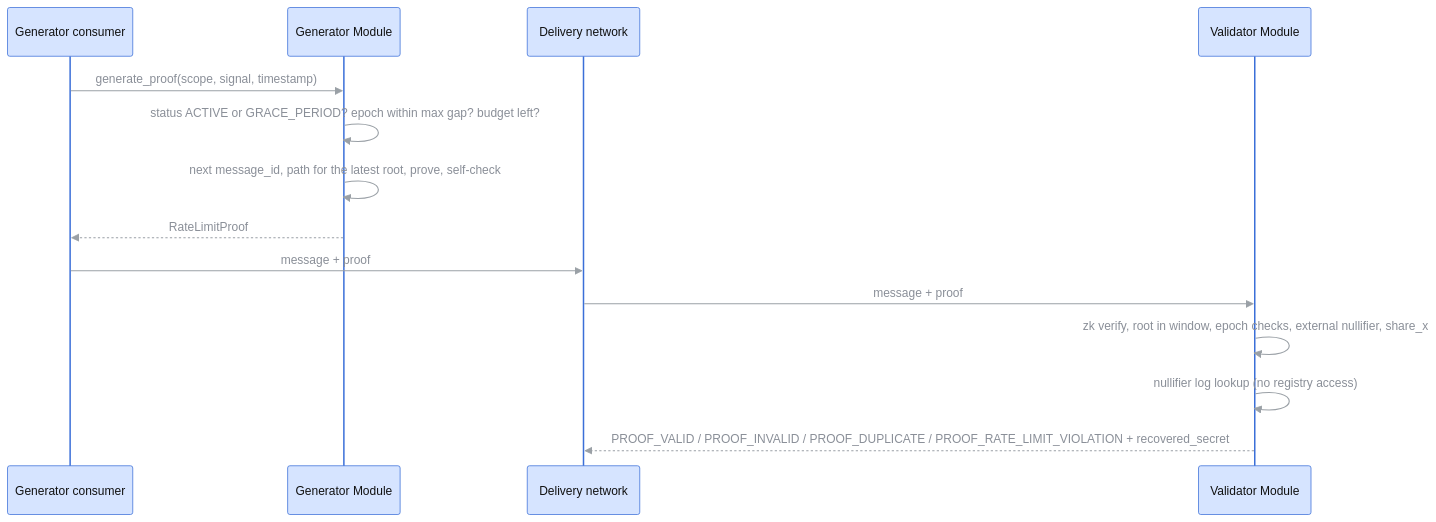
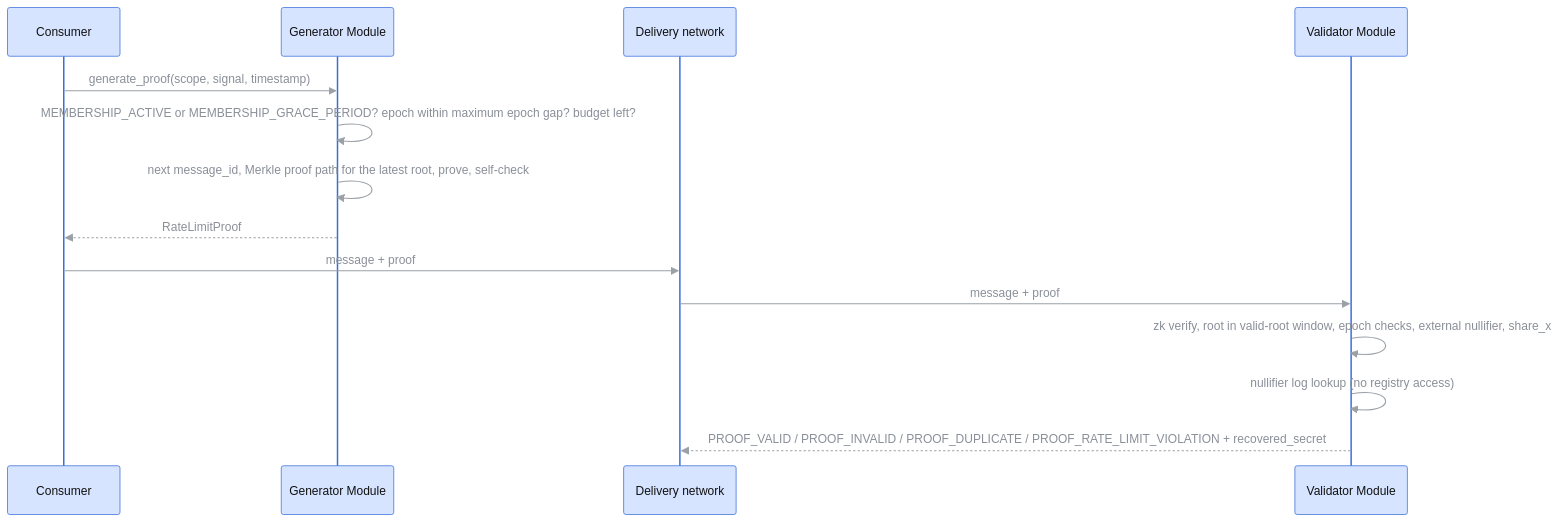
The seventh of 8 diagrams in docs/rfc-rln-membership-zone.md (logos-co/logos-rln-membership-zone), drawn with Mermaid before and after one commit. The commit also changed other lines of this file, not shown here.

````diff
--- a/docs/rfc-rln-membership-zone.md
+++ b/docs/rfc-rln-membership-zone.md
@@ -644,17 +678,17 @@
 ```mermaid
 %%{init: {"theme": "base", "themeVariables": {"primaryColor": "#d6e4ff", "primaryBorderColor": "#3b6fd8", "primaryTextColor": "#111111", "lineColor": "#9aa0a6", "signalColor": "#9aa0a6", "signalTextColor": "#8a8f98", "noteBkgColor": "#fff4c2", "noteTextColor": "#111111", "fontSize": "15px"}}}%%
 sequenceDiagram
-    participant A as Generator consumer
+    participant A as Consumer
     participant MS as Generator Module
     participant N as Delivery network
     participant MV as Validator Module
     A->>MS: generate_proof(scope, signal, timestamp)
-    MS->>MS: status ACTIVE or GRACE_PERIOD? epoch within max gap? budget left?
-    MS->>MS: next message_id, path for the latest root, prove, self-check
+    MS->>MS: MEMBERSHIP_ACTIVE or MEMBERSHIP_GRACE_PERIOD? epoch within maximum epoch gap? budget left?
+    MS->>MS: next message_id, Merkle proof path for the latest root, prove, self-check
     MS-->>A: RateLimitProof
     A->>N: message + proof
     N->>MV: message + proof
-    MV->>MV: zk verify, root in window, epoch checks, external nullifier, share_x
+    MV->>MV: zk verify, root in valid-root window, epoch checks, external nullifier, share_x
     MV->>MV: nullifier log lookup (no registry access)
     MV-->>N: PROOF_VALID / PROOF_INVALID / PROOF_DUPLICATE / PROOF_RATE_LIMIT_VIOLATION + recovered_secret
 ```
````
